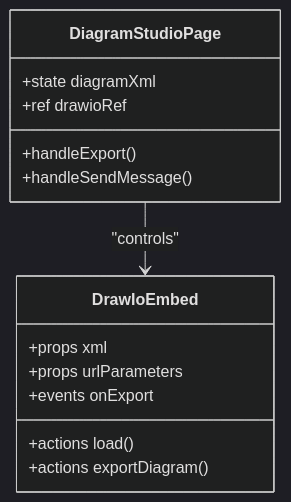
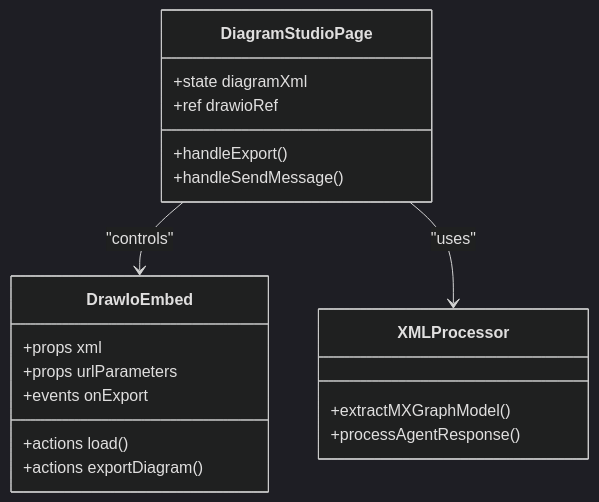
Before and after one commit to shrekboss/agent-draw-io-front: the ninth of 14 diagrams in .qoder/repowiki/en/content/Diagram Editor.md, drawn with Mermaid (dark theme). The commit also changed other lines of this file and 13 other files, not shown here.

Commit message:
feat(agent-draw-io-front): 优化交互式画图

````diff
--- a/.qoder/repowiki/en/content/Diagram Editor.md
+++ b/.qoder/repowiki/en/content/Diagram Editor.md
@@ -240,17 +423,22 @@
 ```mermaid
 classDiagram
 class DiagramStudioPage {
 +state diagramXml
 +ref drawioRef
 +handleExport()
 +handleSendMessage()
 }
 class DrawIoEmbed {
 +props xml
 +props urlParameters
 +events onExport
 +actions load()
 +actions exportDiagram()
 }
+class XMLProcessor {
++extractMXGraphModel()
++processAgentResponse()
+}
 DiagramStudioPage --> DrawIoEmbed : "controls"
+DiagramStudioPage --> XMLProcessor : "uses"
 ```
````
